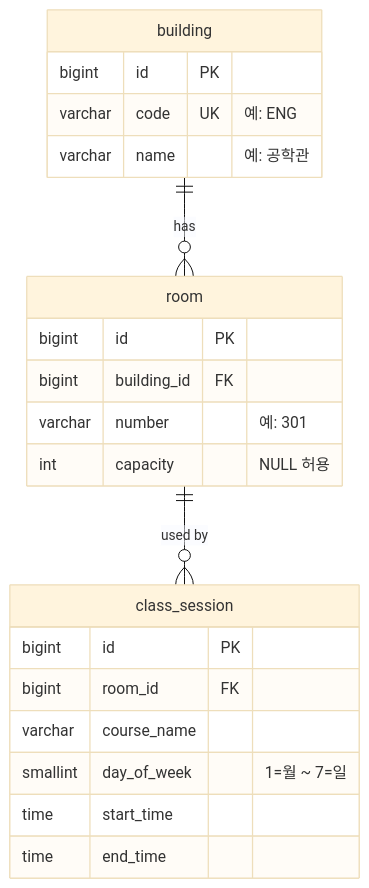
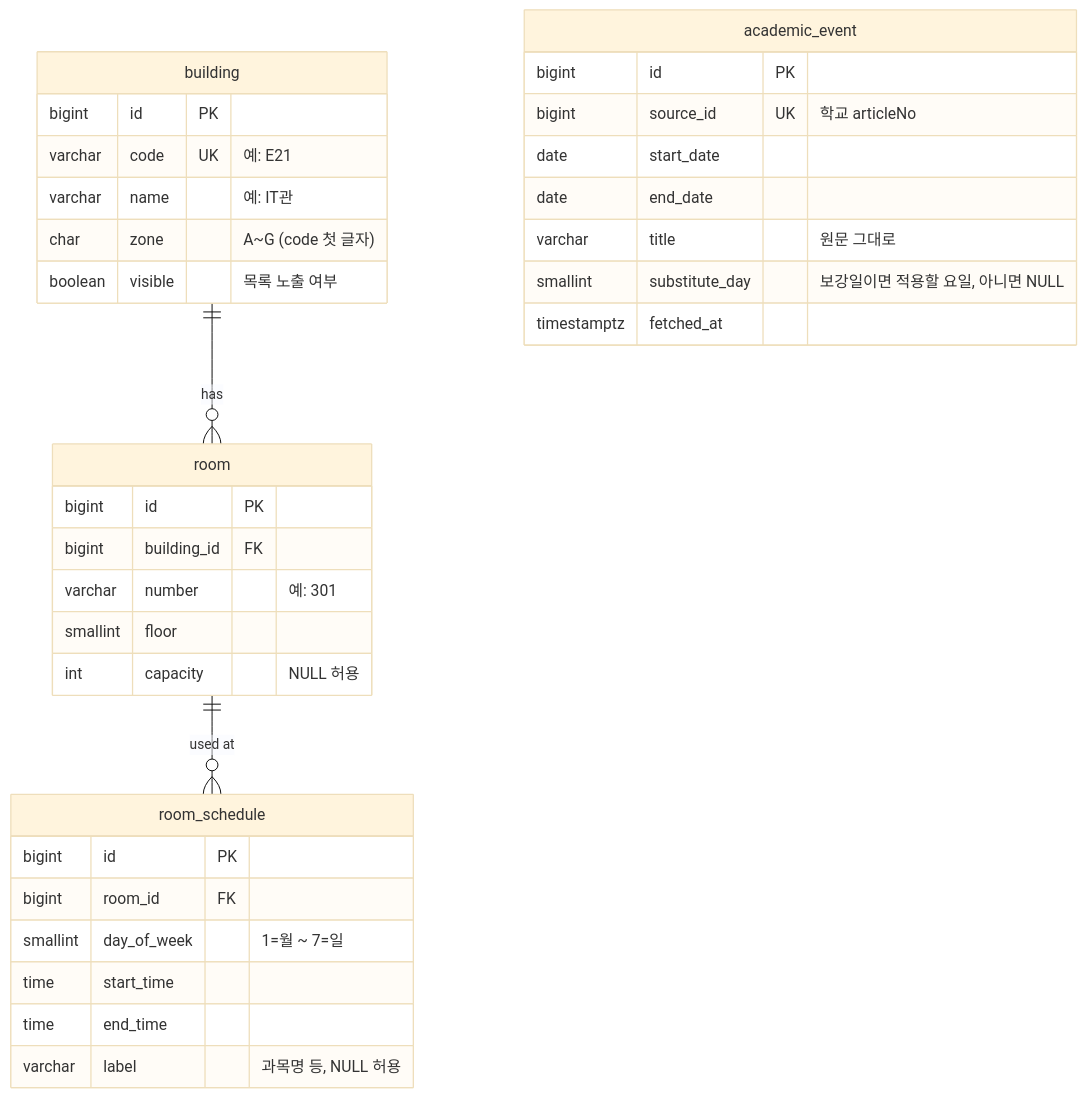
The diagram in docs/erd.md (eastminnn/bingang), drawn with Mermaid (base theme) before and after one commit. The commit also changed other lines of this file and 1 other file, not shown here.

Commit message:
docs: 화면 시안 기준으로 SRS와 ERD 갱신

````diff
--- a/docs/erd.md
+++ b/docs/erd.md
@@ -5,25 +5,37 @@
 ```mermaid
 erDiagram
     building ||--o{ room : has
-    room ||--o{ class_session : "used by"
+    room ||--o{ room_schedule : "used at"
 
     building {
         bigint id PK
-        varchar code UK "예: ENG"
-        varchar name "예: 공학관"
+        varchar code UK "예: E21"
+        varchar name "예: IT관"
+        char zone "A~G (code 첫 글자)"
+        boolean visible "목록 노출 여부"
     }
     room {
         bigint id PK
         bigint building_id FK
         varchar number "예: 301"
+        smallint floor
         int capacity "NULL 허용"
     }
-    class_session {
+    room_schedule {
         bigint id PK
         bigint room_id FK
-        varchar course_name
         smallint day_of_week "1=월 ~ 7=일"
         time start_time
         time end_time
+        varchar label "과목명 등, NULL 허용"
+    }
+    academic_event {
+        bigint id PK
+        bigint source_id UK "학교 articleNo"
+        date start_date
+        date end_date
+        varchar title "원문 그대로"
+        smallint substitute_day "보강일이면 적용할 요일, 아니면 NULL"
+        timestamptz fetched_at
     }
 ```
````
